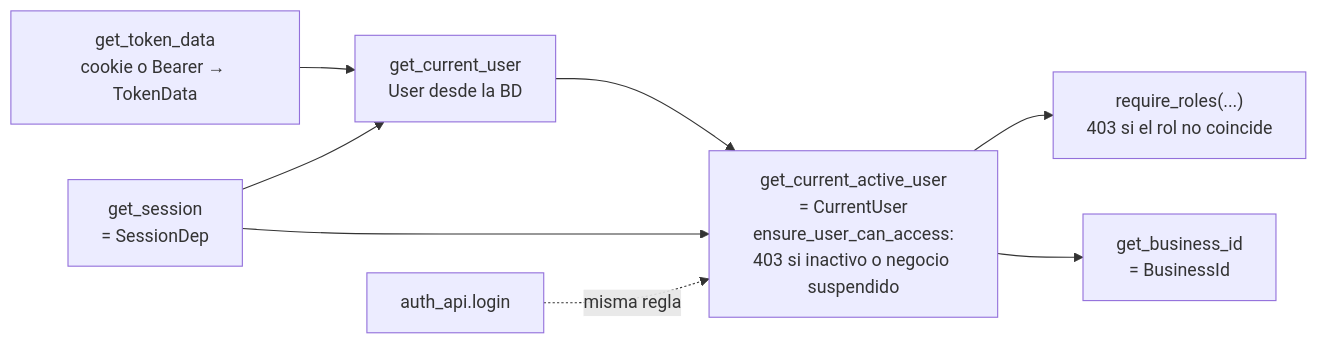
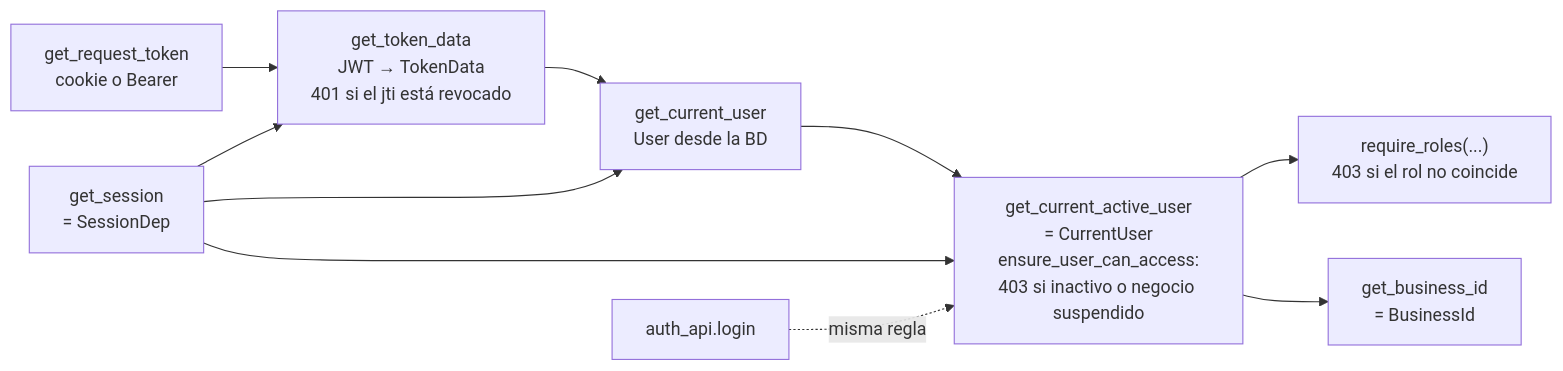
One commit to AGA-Studio/Member-Web changed diagram 11 of 13 in docs/ARCHITECTURE.md. Above: the diagram before and after it, drawn with Mermaid. The commit also changed other lines of this file, not shown here.

````diff
--- a/docs/ARCHITECTURE.md
+++ b/docs/ARCHITECTURE.md
@@ -234,10 +310,12 @@
 ```mermaid
 flowchart LR
-    T["get_token_data<br/>cookie o Bearer → TokenData"] --> CU["get_current_user<br/>User desde la BD"]
+    RT["get_request_token<br/>cookie o Bearer"] --> T
+    T["get_token_data<br/>JWT → TokenData<br/>401 si el jti está revocado"] --> CU["get_current_user<br/>User desde la BD"]
     CU --> CA["get_current_active_user<br/>= CurrentUser<br/>ensure_user_can_access:<br/>403 si inactivo o negocio suspendido"]
     CA --> RR["require_roles(...)<br/>403 si el rol no coincide"]
     CA --> BI["get_business_id<br/>= BusinessId"]
     SD["get_session<br/>= SessionDep"] --> CU
     SD --> CA
+    SD --> T
     LOGIN["auth_api.login"] -. "misma regla" .-> CA
 ```
````
